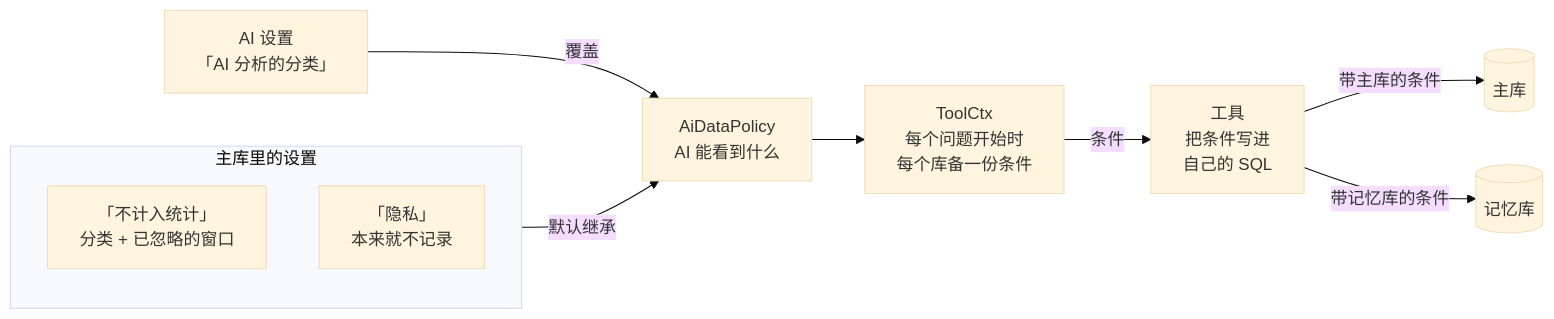
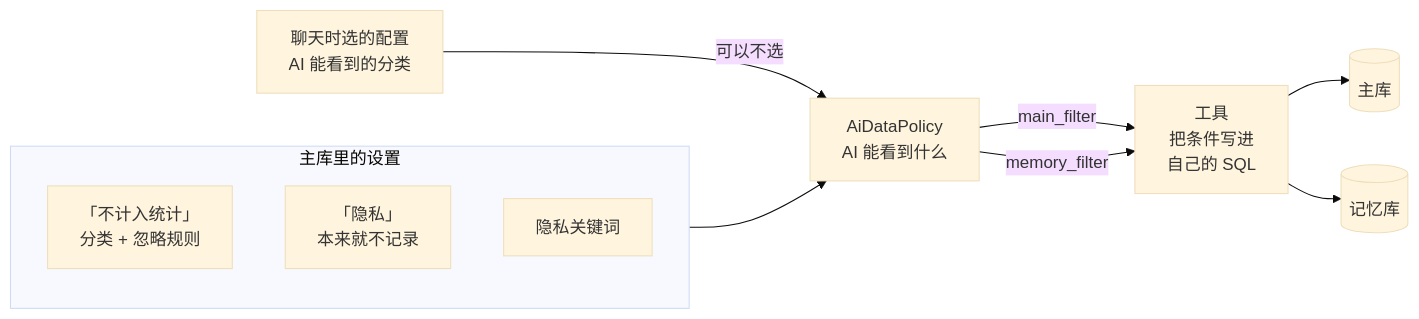
One commit to Tomotsugu-dev/Hindsight changed the sixth of 7 diagrams in docs/design/ai/zh/tools/0-overview.md. Above: the diagram before and after it, drawn with Mermaid (base theme). The commit also changed other lines of this file and 5 other files, not shown here.

````diff
--- a/docs/design/ai/zh/tools/0-overview.md
+++ b/docs/design/ai/zh/tools/0-overview.md
@@ -266,19 +266,19 @@
 ```mermaid
 flowchart LR
   subgraph app["主库里的设置"]
-    h["「不计入统计」<br/>分类 + 已忽略的窗口"]
+    h["「不计入统计」<br/>分类 + 忽略规则"]
     p["「隐私」<br/>本来就不记录"]
+    k["隐私关键词"]
   end
-  ai["AI 设置<br/>「AI 分析的分类」"]
+  prof["聊天时选的配置<br/>AI 能看到的分类"]
   policy["AiDataPolicy<br/>AI 能看到什么"]
-  ctx["ToolCtx<br/>每个问题开始时<br/>每个库备一份条件"]
   tool["工具<br/>把条件写进<br/>自己的 SQL"]
   main[("主库")]
   mem[("记忆库")]
-  app -->|"默认继承"| policy
-  ai -->|"覆盖"| policy
-  policy --> ctx
-  ctx -->|"条件"| tool
-  tool -->|"带主库的条件"| main
-  tool -->|"带记忆库的条件"| mem
+  app --> policy
+  prof -->|"可以不选"| policy
+  policy -->|"main_filter"| tool
+  policy -->|"memory_filter"| tool
+  tool --> main
+  tool --> mem
 ```
````
